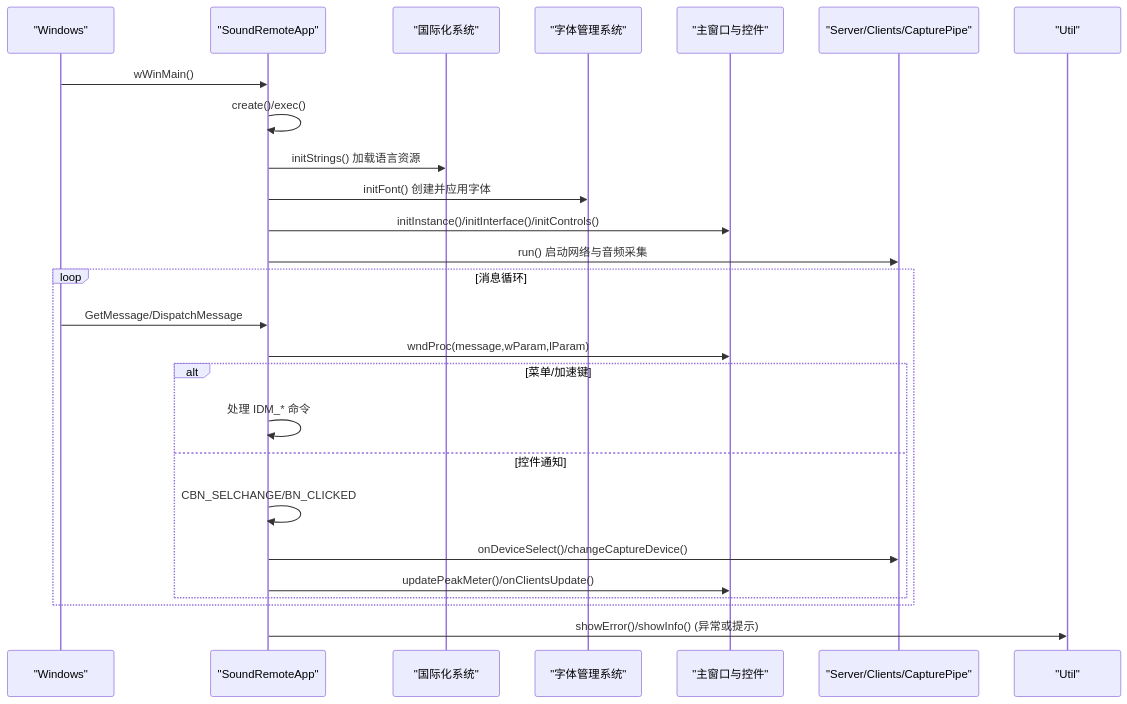
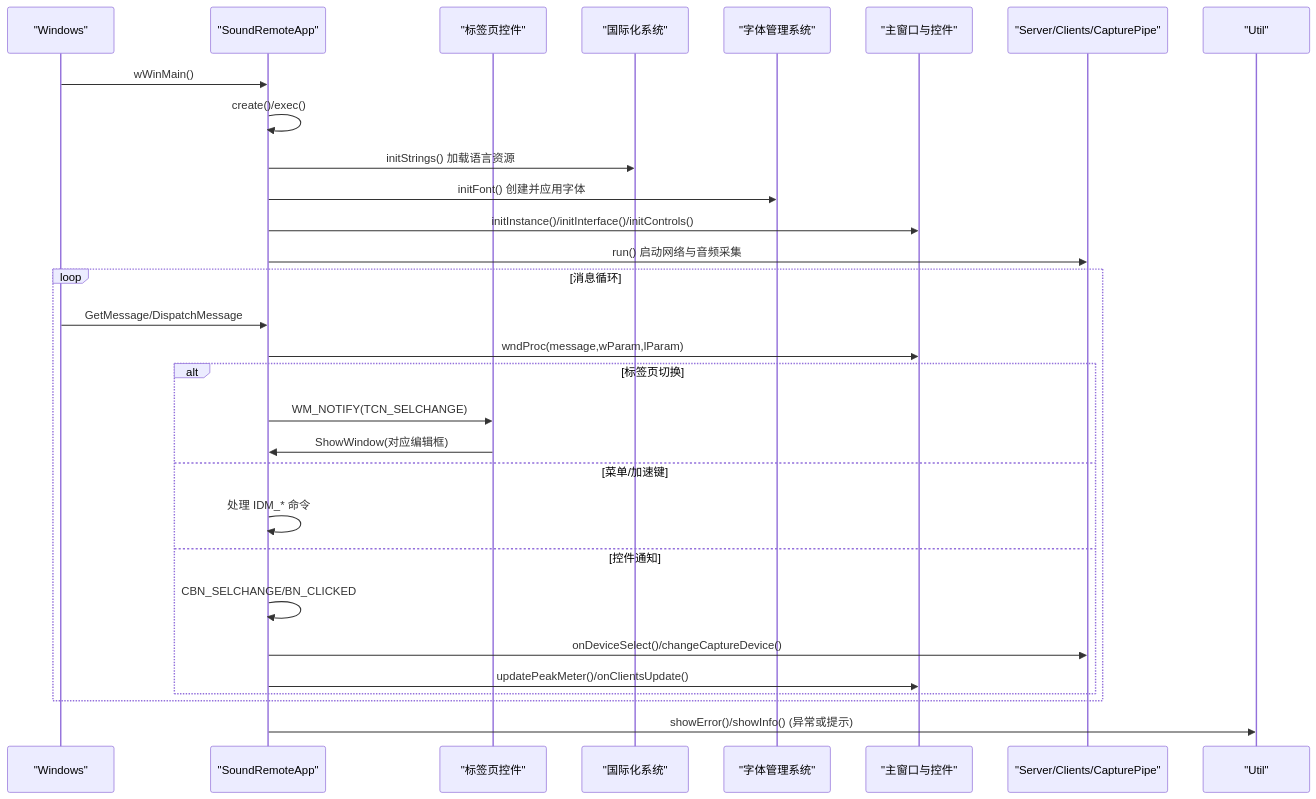
Before and after one commit to tea4go/SoundRemote-WinServer: the second of 12 diagrams in .qoder/repowiki/zh/content/用户界面.md, drawn with Mermaid. The commit also changed other lines of this file and 10 other files, not shown here.

````diff
--- a/.qoder/repowiki/zh/content/用户界面.md
+++ b/.qoder/repowiki/zh/content/用户界面.md
@@ -108,28 +116,32 @@
 ```mermaid
 sequenceDiagram
 participant OS as "Windows"
 participant App as "SoundRemoteApp"
+participant TabCtrl as "标签页控件"
 participant I18N as "国际化系统"
 participant FontMgr as "字体管理系统"
 participant UI as "主窗口与控件"
 participant Srv as "Server/Clients/CapturePipe"
 participant Util as "Util"
 OS->>App : wWinMain()
 App->>App : create()/exec()
 App->>I18N : initStrings() 加载语言资源
 App->>FontMgr : initFont() 创建并应用字体
 App->>UI : initInstance()/initInterface()/initControls()
 App->>Srv : run() 启动网络与音频采集
 loop 消息循环
 OS->>App : GetMessage/DispatchMessage
 App->>UI : wndProc(message,wParam,lParam)
-alt 菜单/加速键
+alt 标签页切换
+App->>TabCtrl : WM_NOTIFY(TCN_SELCHANGE)
+TabCtrl->>App : ShowWindow(对应编辑框)
+else 菜单/加速键
 App->>App : 处理 IDM_* 命令
 else 控件通知
 App->>App : CBN_SELCHANGE/BN_CLICKED
 App->>Srv : onDeviceSelect()/changeCaptureDevice()
 App->>UI : updatePeakMeter()/onClientsUpdate()
 end
 end
 App->>Util : showError()/showInfo() (异常或提示)
 ```
````
